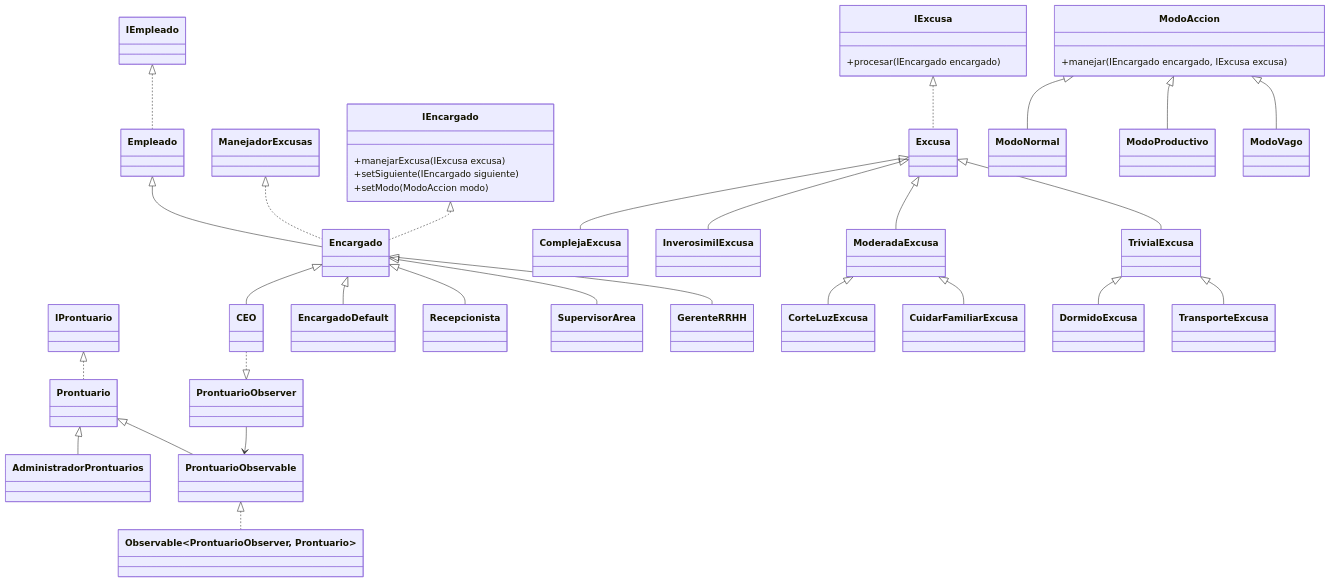
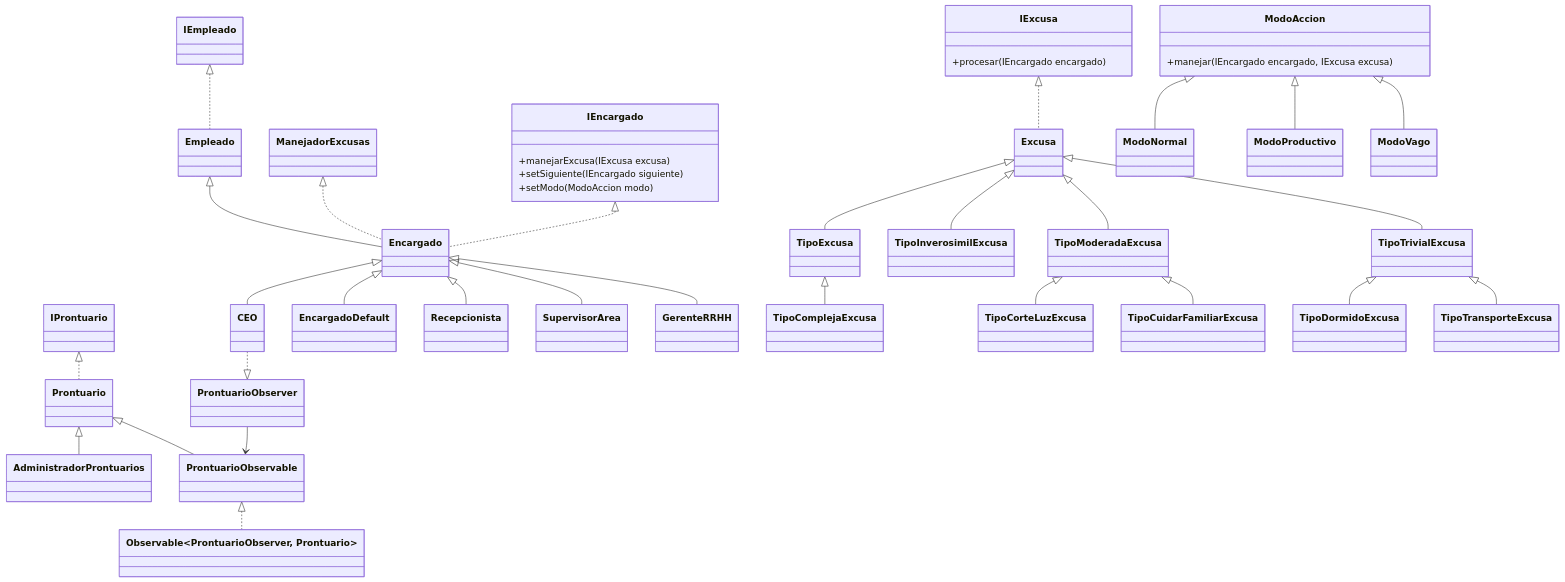
One commit to SantiFalcon59/DisenoSistemas changed the diagram in README.md. Above: the diagram before and after it, drawn with Mermaid. The commit also changed 18 other files, not shown here.

```diff
--- a/README.md
+++ b/README.md
@@ -66,14 +66,15 @@
     class GerenteRRHH
 
     class Excusa
-    class ComplejaExcusa 
-    class InverosimilExcusa
-    class ModeradaExcusa
-    class TrivialExcusa
-    class CorteLuzExcusa
-    class CuidarFamiliarExcusa
-    class DormidoExcusa
-    class TransporteExcusa
+	class TipoExcusa 
+    class TipoComplejaExcusa 
+    class TipoInverosimilExcusa
+    class TipoModeradaExcusa
+    class TipoTrivialExcusa
+    class TipoCorteLuzExcusa
+    class TipoCuidarFamiliarExcusa
+    class TipoDormidoExcusa
+    class TipoTransporteExcusa
 
     class ModoNormal
     class ModoProductivo
@@ -98,15 +99,16 @@
 
     IExcusa <|.. Excusa
 
-    Excusa <|-- ComplejaExcusa
-    Excusa <|-- InverosimilExcusa
-    Excusa <|-- ModeradaExcusa
-    Excusa <|-- TrivialExcusa
+	Excusa <|-- TipoExcusa
+    TipoExcusa <|-- TipoComplejaExcusa
+    Excusa <|-- TipoInverosimilExcusa
+    Excusa <|-- TipoModeradaExcusa
+    Excusa <|-- TipoTrivialExcusa
 
-    TrivialExcusa <|-- DormidoExcusa
-    TrivialExcusa <|-- TransporteExcusa
-    ModeradaExcusa <|-- CorteLuzExcusa
-    ModeradaExcusa <|-- CuidarFamiliarExcusa
+    TipoTrivialExcusa <|-- TipoDormidoExcusa
+    TipoTrivialExcusa <|-- TipoTransporteExcusa
+    TipoModeradaExcusa <|-- TipoCorteLuzExcusa
+    TipoModeradaExcusa <|-- TipoCuidarFamiliarExcusa
 
     ModoAccion <|-- ModoNormal
     ModoAccion <|-- ModoProductivo
```
